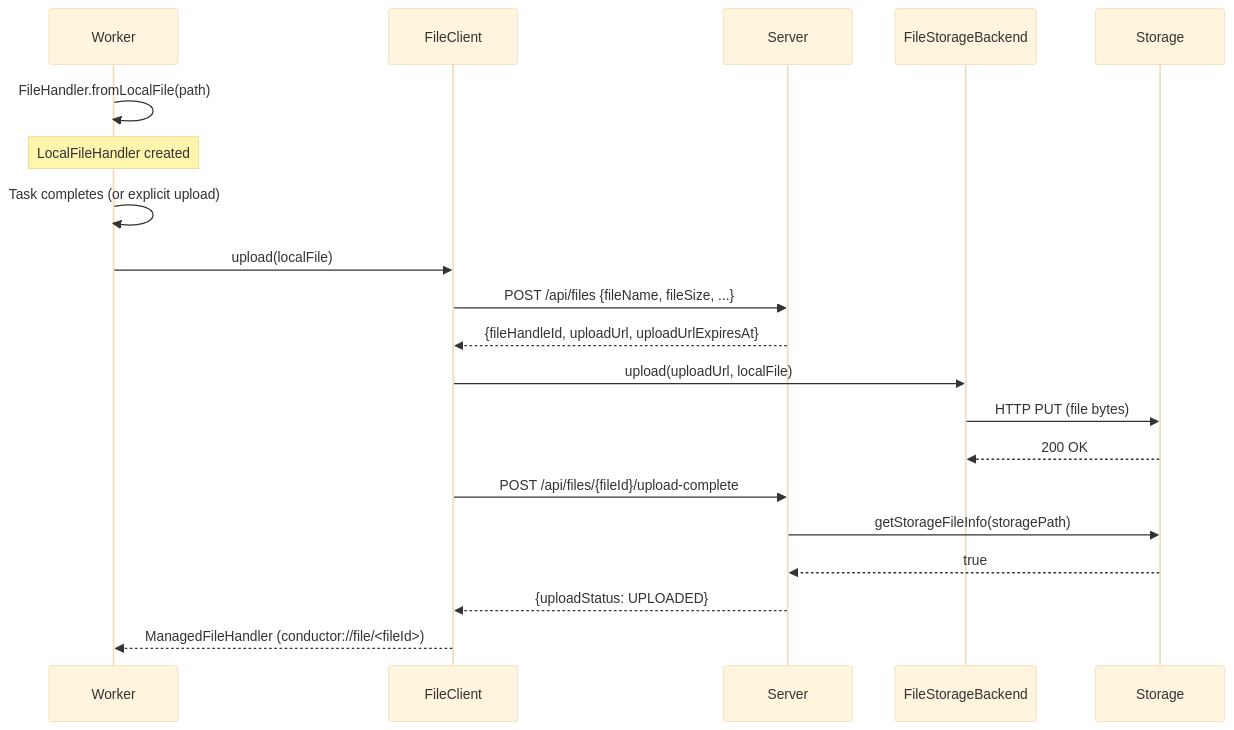
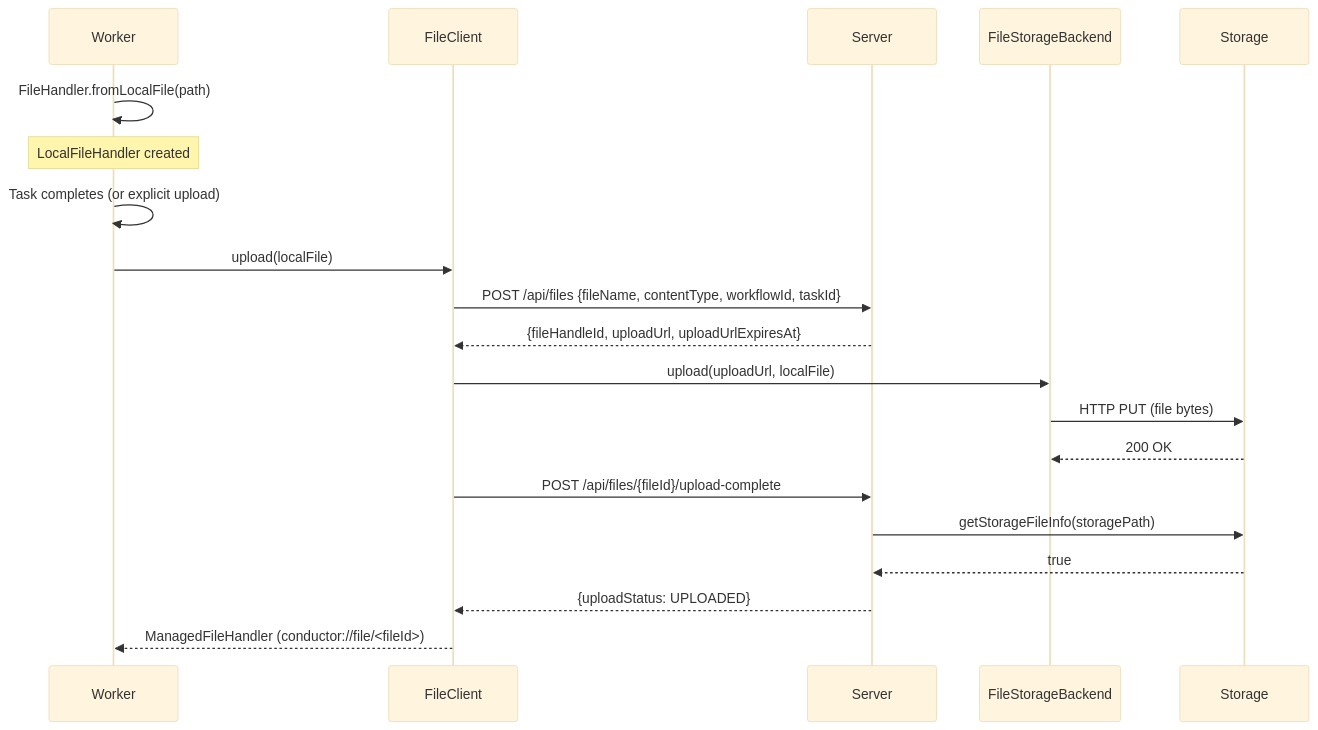
The second of 10 diagrams in docs/file-storage/design.md (conductor-oss/conductor), drawn with Mermaid (base theme) before and after one commit. The commit also changed other lines of this file and 6 other files, not shown here.

````diff
--- a/docs/file-storage/design.md
+++ b/docs/file-storage/design.md
@@ -1861,23 +1862,23 @@
 ```mermaid
 sequenceDiagram
     participant W as Worker
     participant FC as FileClient
     participant S as Server
     participant SB as FileStorageBackend
     participant ST as Storage
 
     W->>W: FileHandler.fromLocalFile(path)
     Note over W: LocalFileHandler created
     W->>W: Task completes (or explicit upload)
     W->>FC: upload(localFile)
-    FC->>S: POST /api/files {fileName, fileSize, ...}
+    FC->>S: POST /api/files {fileName, contentType, workflowId, taskId}
     S-->>FC: {fileHandleId, uploadUrl, uploadUrlExpiresAt}
     FC->>SB: upload(uploadUrl, localFile)
     SB->>ST: HTTP PUT (file bytes)
     ST-->>SB: 200 OK
     FC->>S: POST /api/files/{fileId}/upload-complete
     S->>ST: getStorageFileInfo(storagePath)
     ST-->>S: true
     S-->>FC: {uploadStatus: UPLOADED}
     FC-->>W: ManagedFileHandler (conductor://file/<fileId>)
 ```
````
